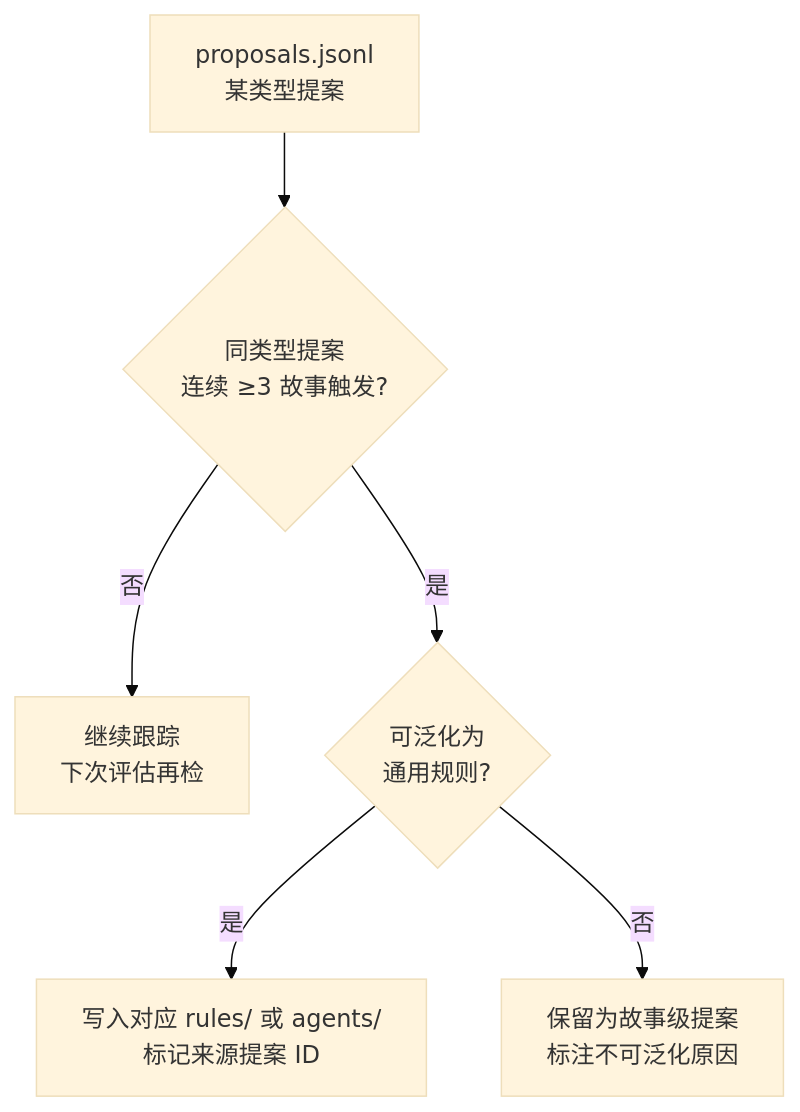
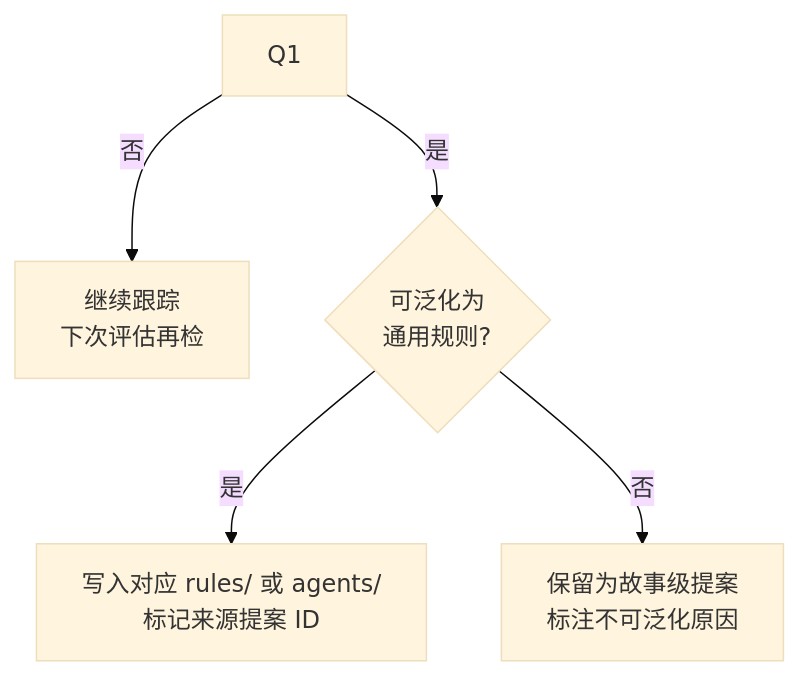
The ninth of 11 diagrams in rules/self-improve.md (effiy/YrY), drawn with Mermaid (base theme) before and after one commit. The commit also changed other lines of this file and 91 other files, not shown here.

````diff
--- a/rules/self-improve.md
+++ b/rules/self-improve.md
@@ -194,9 +174,8 @@
 ```mermaid
 flowchart TD
-    PROP["proposals.jsonl<br/>某类型提案"] --> Q1{"同类型提案<br/>连续 ≥3 故事触发?"}
     Q1 -->|"否"| TRACK["继续跟踪<br/>下次评估再检"]:::wait
     Q1 -->|"是"| Q2{"可泛化为<br/>通用规则?"}
     Q2 -->|"是"| UPGRADE["写入对应 rules/ 或 agents/<br/>标记来源提案 ID"]:::up
     Q2 -->|"否"| KEEP["保留为故事级提案<br/>标注不可泛化原因"]:::keep
 
 ```
````
